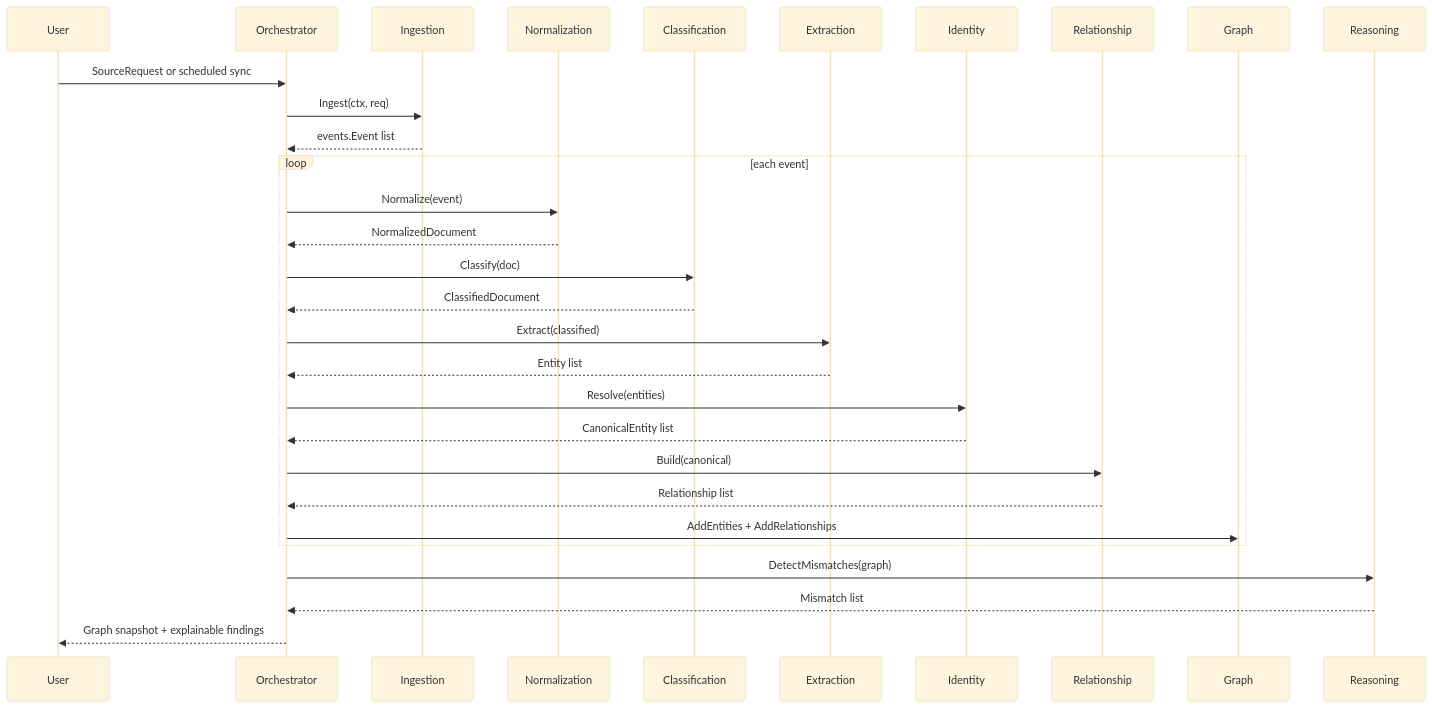
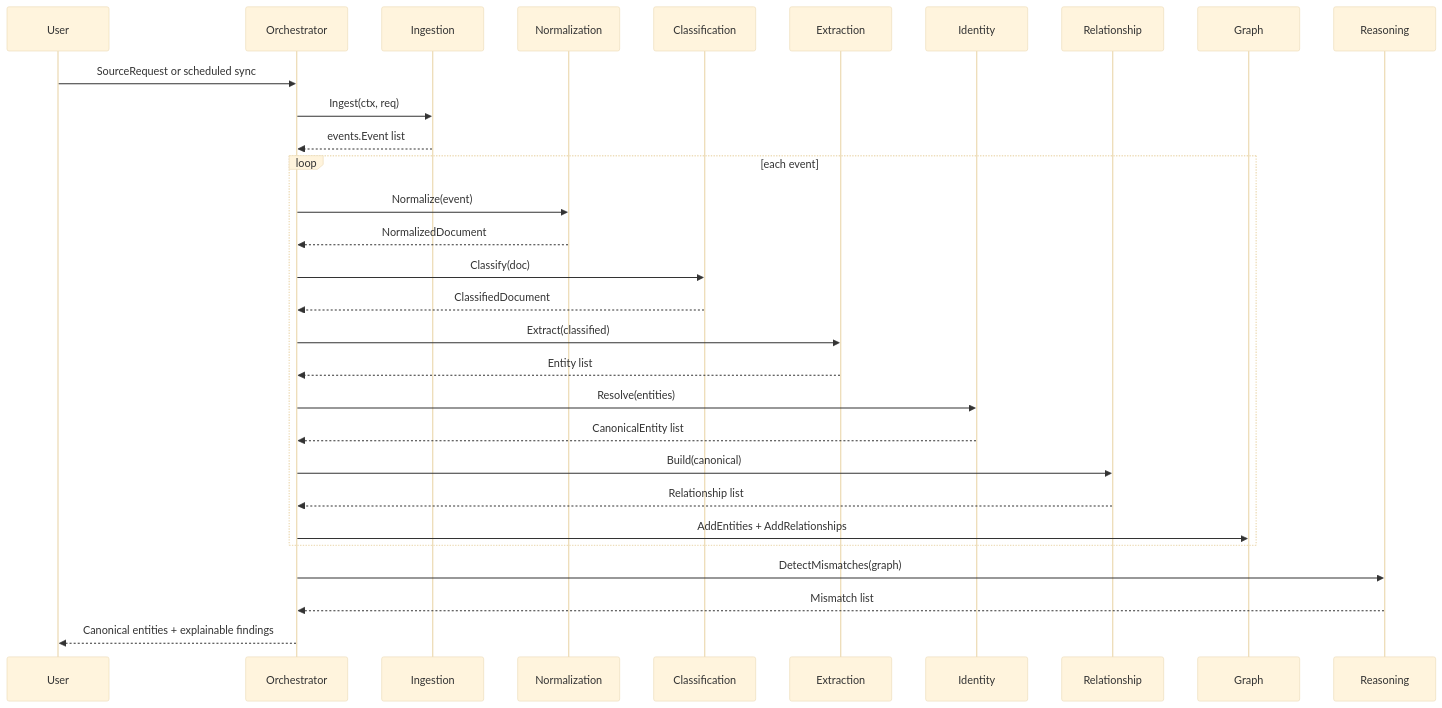
One commit to sx-tane/context-os changed the second of 4 diagrams in docs/ARCHITECTURE.md. Above: the diagram before and after it, drawn with Mermaid (base theme). The commit also changed other lines of this file and 131 other files, not shown here.

````diff
--- a/docs/ARCHITECTURE.md
+++ b/docs/ARCHITECTURE.md
@@ -32,33 +32,33 @@
 ```mermaid
 sequenceDiagram
   participant User
   participant Pipeline as Orchestrator
   participant Ingestion
   participant Normalization
   participant Classification
   participant Extraction
   participant Identity
   participant Relationship
   participant Graph
   participant Reasoning
 
   User->>Pipeline: SourceRequest or scheduled sync
   Pipeline->>Ingestion: Ingest(ctx, req)
   Ingestion-->>Pipeline: events.Event list
   loop each event
     Pipeline->>Normalization: Normalize(event)
     Normalization-->>Pipeline: NormalizedDocument
     Pipeline->>Classification: Classify(doc)
     Classification-->>Pipeline: ClassifiedDocument
     Pipeline->>Extraction: Extract(classified)
     Extraction-->>Pipeline: Entity list
     Pipeline->>Identity: Resolve(entities)
     Identity-->>Pipeline: CanonicalEntity list
     Pipeline->>Relationship: Build(canonical)
     Relationship-->>Pipeline: Relationship list
     Pipeline->>Graph: AddEntities + AddRelationships
   end
   Pipeline->>Reasoning: DetectMismatches(graph)
   Reasoning-->>Pipeline: Mismatch list
-  Pipeline-->>User: Graph snapshot + explainable findings
+  Pipeline-->>User: Canonical entities + explainable findings
 ```
````
